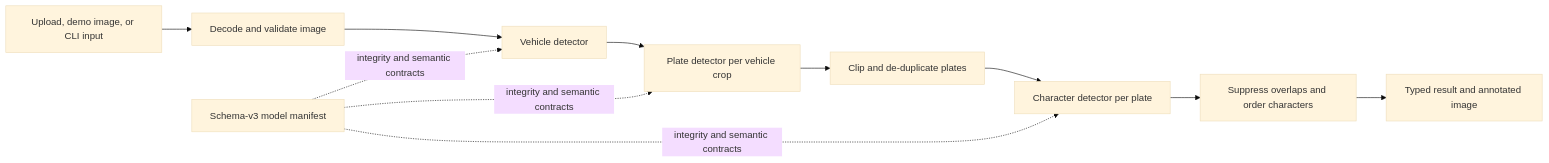
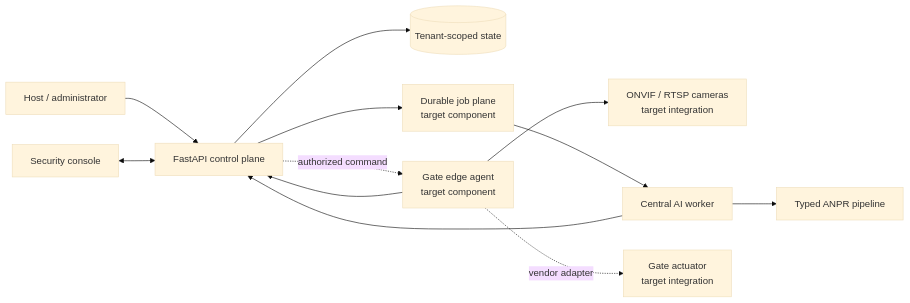
One commit to Mohemed-Amine-Chalhy/number-plate-recognition changed the diagram in README.md. Above: the diagram before and after it, drawn with Mermaid (base theme). The commit also changed other lines of this file and 43 other files, not shown here.

````diff
--- a/README.md
+++ b/README.md
@@ -23,14 +132,14 @@
 ```mermaid
 flowchart LR
-    U[Upload, demo image, or CLI input] --> I[Decode and validate image]
-    I --> V[Vehicle detector]
-    V --> P[Plate detector per vehicle crop]
-    P --> D[Clip and de-duplicate plates]
-    D --> C[Character detector per plate]
-    C --> R[Suppress overlaps and order characters]
-    R --> O[Typed result and annotated image]
-
-    M[Schema-v3 model manifest] -. integrity and semantic contracts .-> V
-    M -. integrity and semantic contracts .-> P
-    M -. integrity and semantic contracts .-> C
+    Host[Host / administrator] --> API[FastAPI control plane]
+    Security[Security console] <--> API
+    API --> DB[(Tenant-scoped state)]
+    Edge[Gate edge agent<br/>target component] --> API
+    Edge --> Camera[ONVIF / RTSP cameras<br/>target integration]
+    API --> Queue[Durable job plane<br/>target component]
+    Queue --> Worker[Central AI worker]
+    Worker --> Models[Typed ANPR pipeline]
+    Worker --> API
+    API -. authorized command .-> Edge
+    Edge -. vendor adapter .-> Barrier[Gate actuator<br/>target integration]
 ```
````
